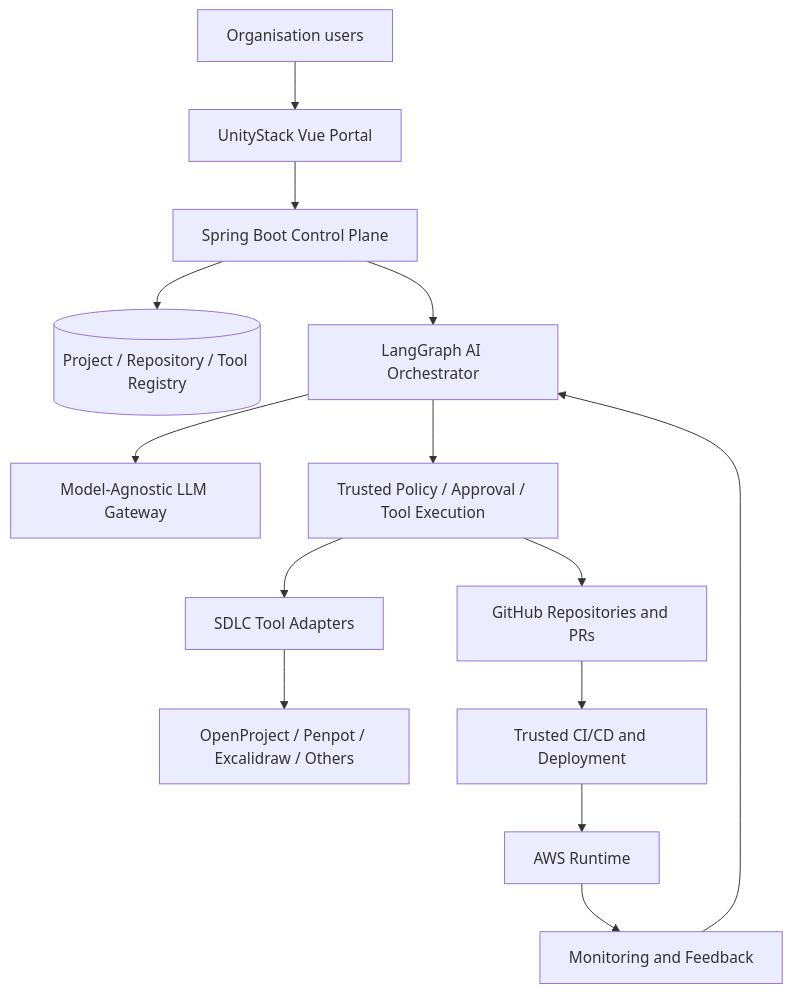
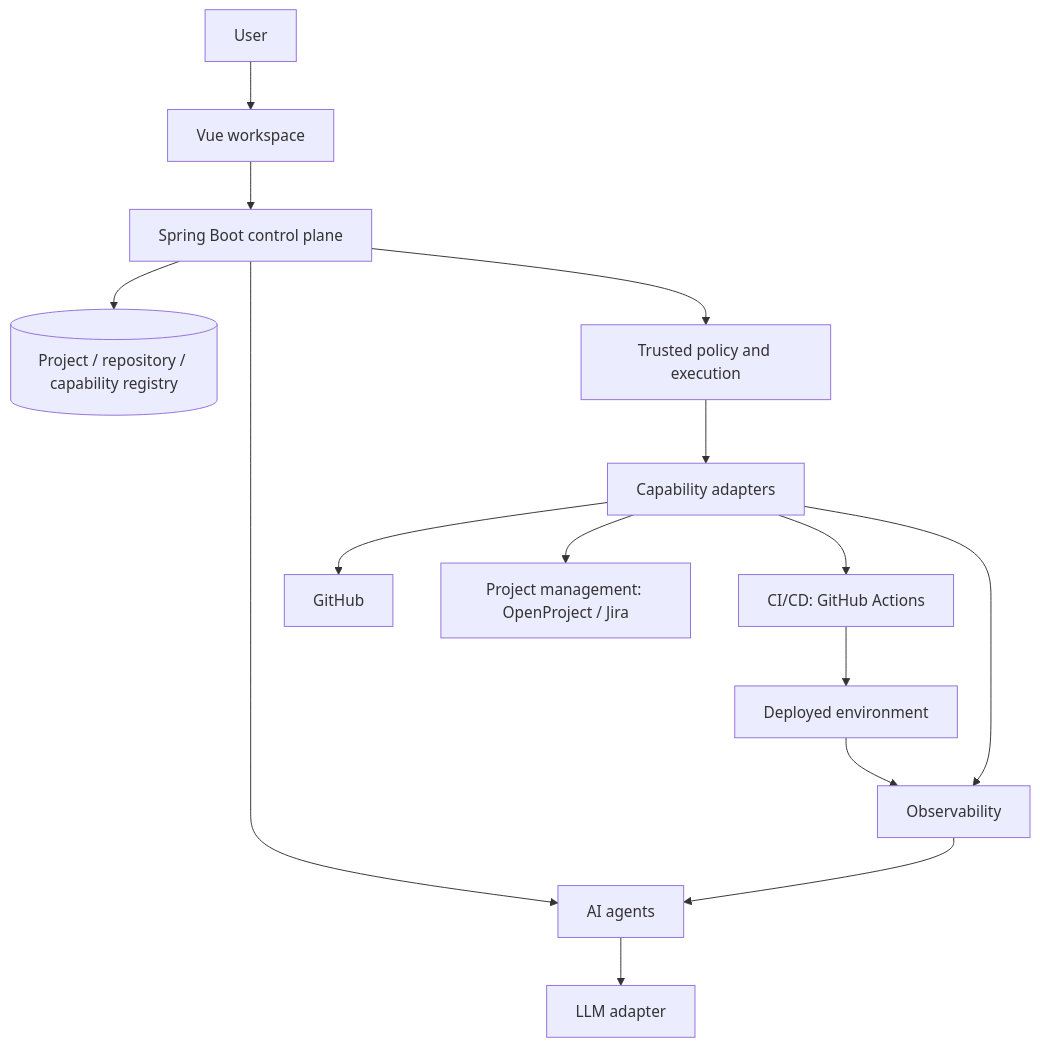
The second of 2 diagrams in Requirements.md (bumbapartha/UnityStack), drawn with Mermaid before and after one commit. The commit also changed other lines of this file and 2 other files, not shown here.

````diff
--- a/Requirements.md
+++ b/Requirements.md
@@ -240,16 +479,17 @@
 ```mermaid
 flowchart TB
-  User[Organisation users] --> Portal[UnityStack Vue Portal]
-  Portal --> API[Spring Boot Control Plane]
-  API --> Registry[(Project / Repository / Tool Registry)]
-  API --> AI[LangGraph AI Orchestrator]
-  AI --> LLM[Model-Agnostic LLM Gateway]
-  AI --> Policy[Trusted Policy / Approval / Tool Execution]
-  Policy --> GitHub[GitHub Repositories and PRs]
-  Policy --> Adapters[SDLC Tool Adapters]
-  Adapters --> Tools[OpenProject / Penpot / Excalidraw / Others]
-  GitHub --> CI[Trusted CI/CD and Deployment]
-  CI --> AWS[AWS Runtime]
-  AWS --> Obs[Monitoring and Feedback]
-  Obs --> AI
+  User[User] --> Portal[Vue workspace]
+  Portal --> API[Spring Boot control plane]
+  API --> Registry[(Project / repository / capability registry)]
+  API --> Agents[AI agents]
+  Agents --> LLM[LLM adapter]
+  API --> Policy[Trusted policy and execution]
+  Policy --> Adapters[Capability adapters]
+  Adapters --> GitHub[GitHub]
+  Adapters --> PM[Project management: OpenProject / Jira]
+  Adapters --> CI[CI/CD: GitHub Actions]
+  Adapters --> Obs[Observability]
+  CI --> Env[Deployed environment]
+  Env --> Obs
+  Obs --> Agents
 ```
````
